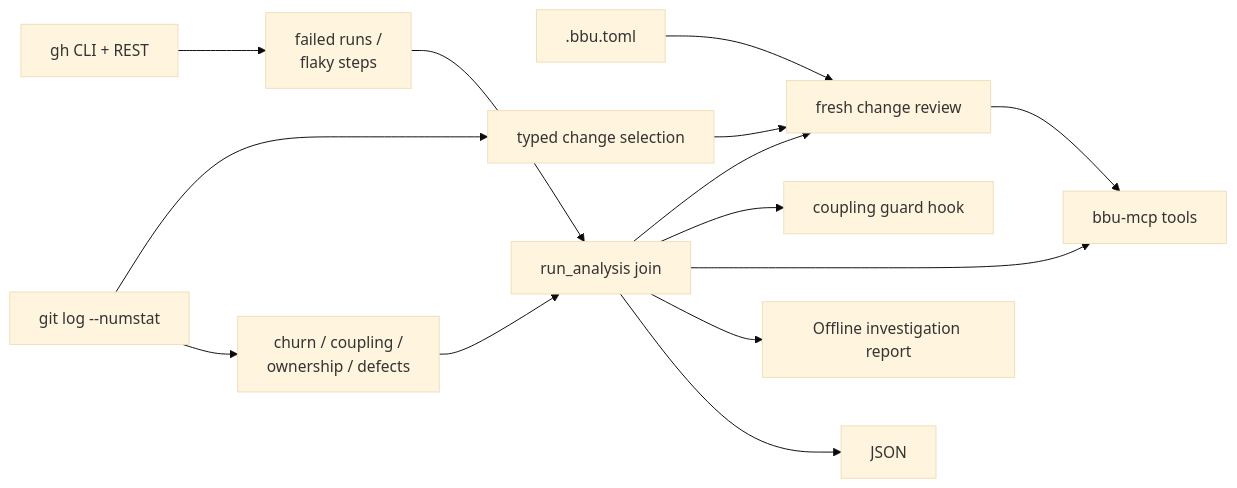
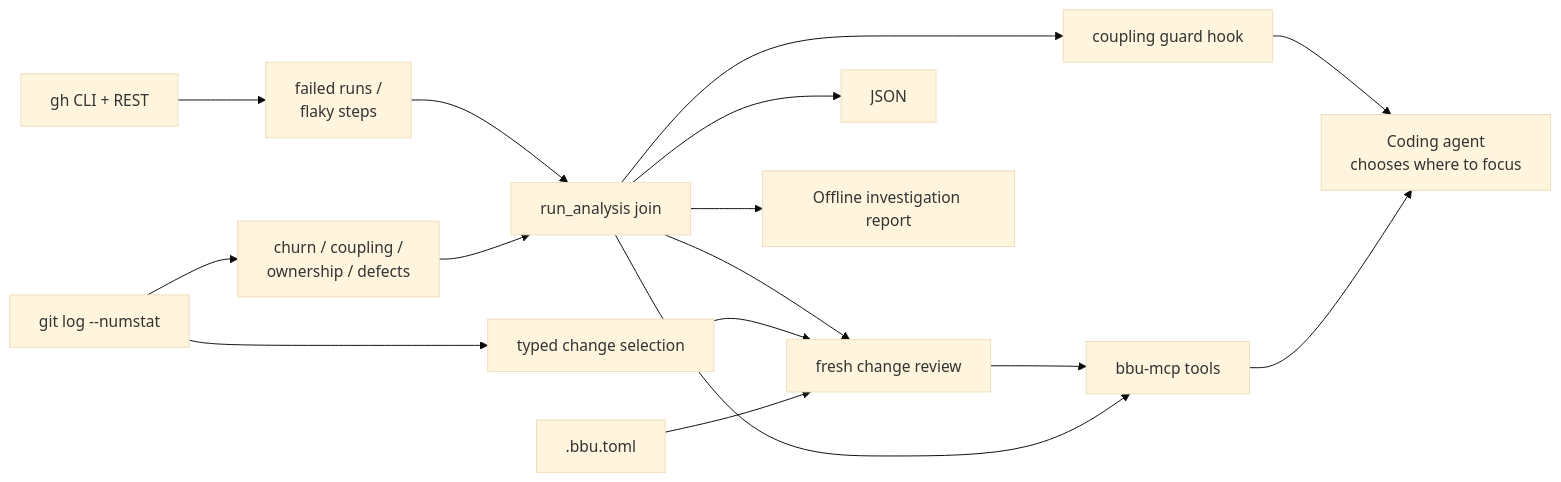
One commit to michael-denyer/black-box-unlock changed the diagram in docs/ARCHITECTURE.md. Above: the diagram before and after it, drawn with Mermaid (base theme). The commit also changed 4 other files, not shown here.

Commit message:
docs: show the MCP agent path in the diagrams (#48)

````diff
--- a/docs/ARCHITECTURE.md
+++ b/docs/ARCHITECTURE.md
@@ -53,16 +53,18 @@
 ```mermaid
 flowchart LR
     Git[git log --numstat] --> Parse[churn / coupling /<br/>ownership / defects]
     GH[gh CLI + REST] --> CI[failed runs /<br/>flaky steps]
     Config[.bbu.toml] --> Review
     Parse --> Join[run_analysis join]
     CI --> Join
     Join --> JSON[JSON]
     Join --> HTML[Offline investigation report]
     Join --> MCP[bbu-mcp tools]
     Join --> Guard[coupling guard hook]
     Git --> Change[typed change selection]
     Change --> Review[fresh change review]
     Join --> Review
     Review --> MCP
+    MCP --> Agent[Coding agent<br/>chooses where to focus]
+    Guard --> Agent
 ```
````
